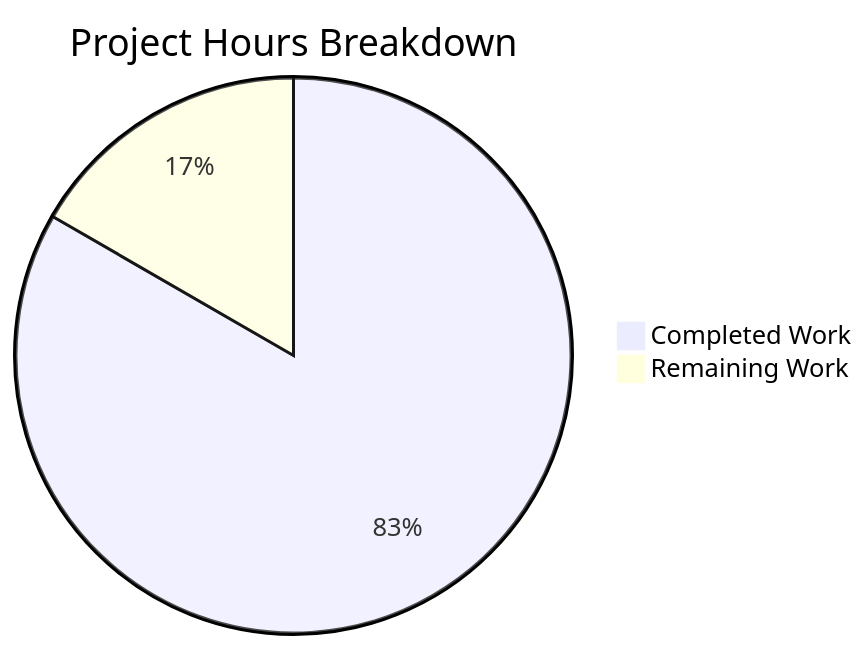
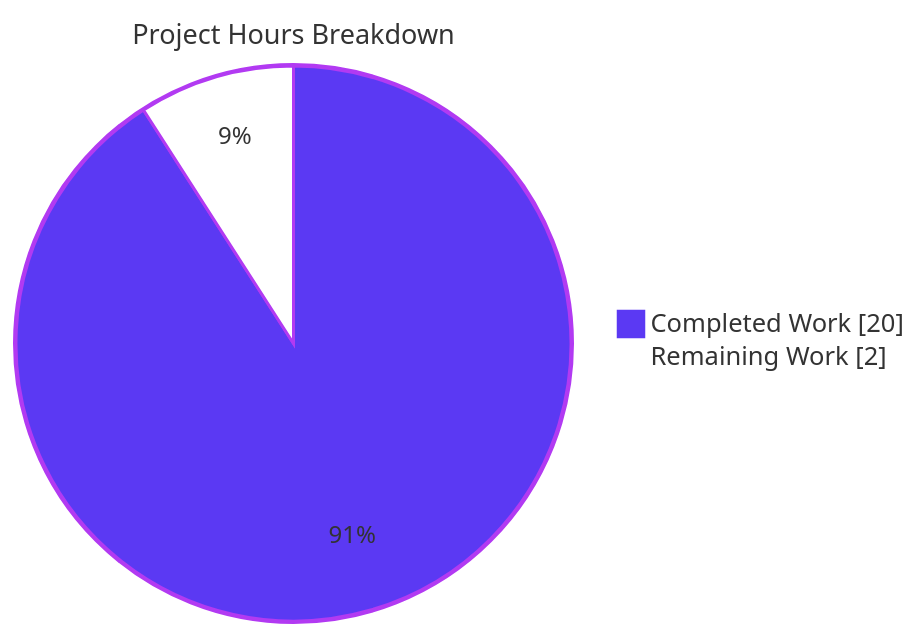
One commit to TestadoBlitzy/Existing-product changed the second of 3 diagrams in blitzy/documentation/Project Guide.md. Above: the diagram before and after it, drawn with Mermaid. The commit also changed other lines of this file, not shown here.

Commit message:
Adding Blitzy Project Guide: Project Status and Human Tasks Remaining

````diff
--- a/blitzy/documentation/Project Guide.md
+++ b/blitzy/documentation/Project Guide.md
@@ -176,5 +193,6 @@
 ```mermaid
-pie title Project Hours Breakdown
-    "Completed Work" : 10
+%%{init: {'theme':'base', 'themeVariables': { 'pie1': '#5B39F3', 'pie2': '#FFFFFF', 'pieStrokeColor': '#B23AF2', 'pieOuterStrokeColor': '#B23AF2', 'pieTitleTextSize': '18px', 'pieSectionTextSize': '16px', 'pieOpacity': '1' }}}%%
+pie showData title Project Hours Breakdown
+    "Completed Work" : 20
     "Remaining Work" : 2
 ```
````
